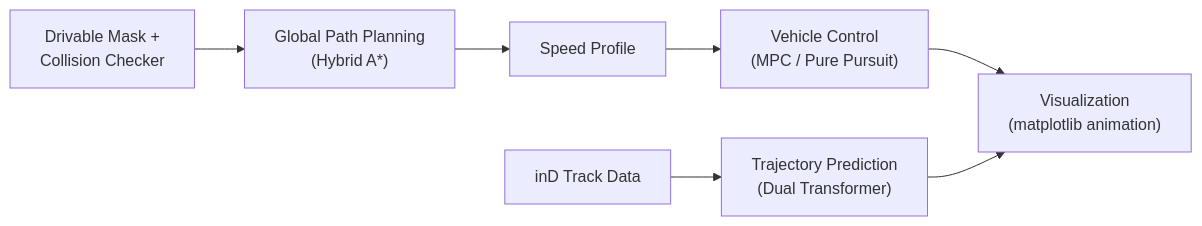
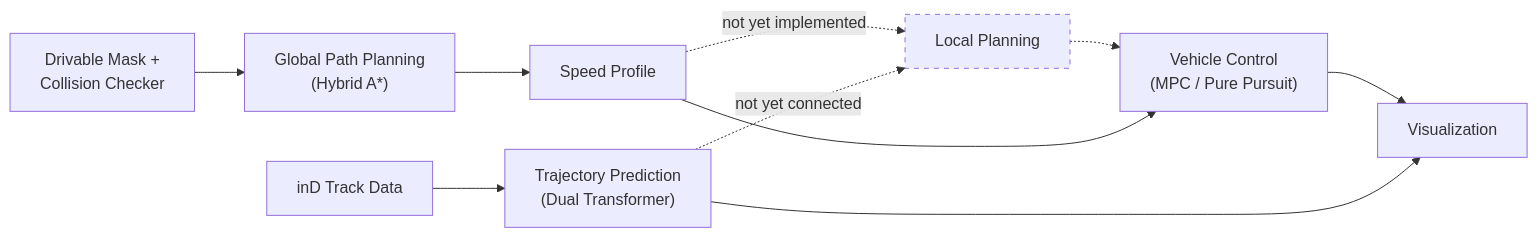
The diagram in README.md (jeongseonarm/prediction-planning-control), drawn with Mermaid before and after one commit. The commit also changed other lines of this file, not shown here.

````diff
--- a/README.md
+++ b/README.md
@@ -7,9 +28,14 @@
 ```mermaid
 flowchart LR
     A["Drivable Mask +\nCollision Checker"] --> B["Global Path Planning\n(Hybrid A*)"]
     B --> C["Speed Profile"]
+    C -.->|"not yet implemented"| L["Local Planning"]
+    L -.-> D
     C --> D["Vehicle Control\n(MPC / Pure Pursuit)"]
     E["inD Track Data"] --> F["Trajectory Prediction\n(Dual Transformer)"]
-    D --> G["Visualization\n(matplotlib animation)"]
+    F -.->|"not yet connected"| L
+    D --> G["Visualization"]
     F --> G
+
+    style L stroke-dasharray: 5 5
 ```
````
